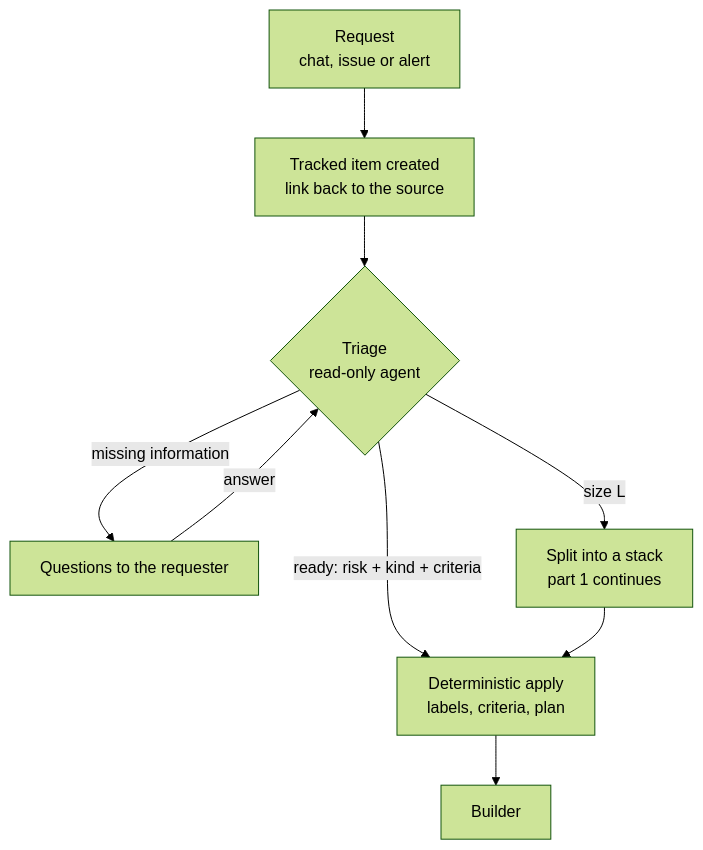
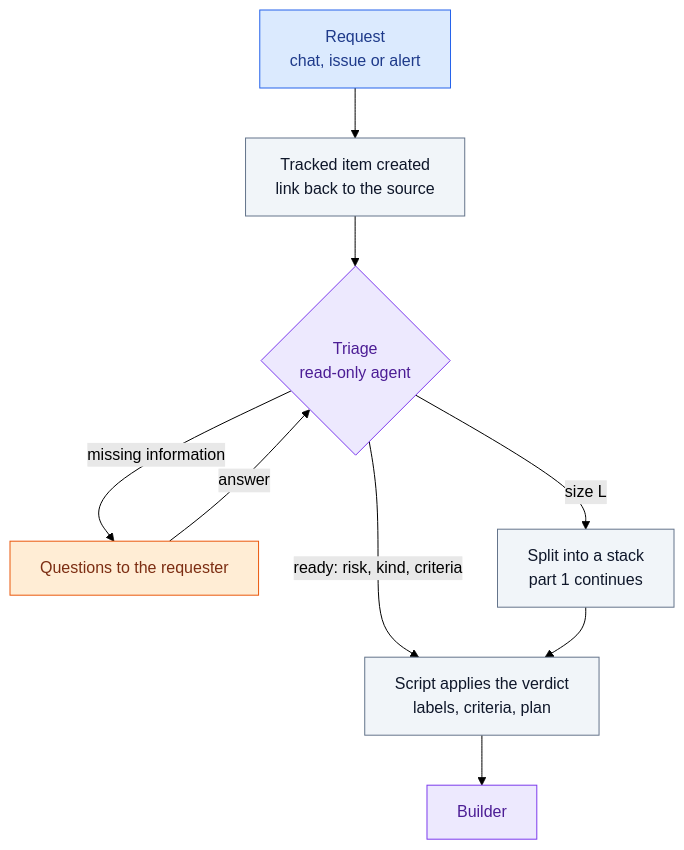
One commit to icelink-ai/software-factory-manifesto changed the diagram in docs/01-work-intake/README.md. Above: the diagram before and after it, drawn with Mermaid (forest theme). The commit also changed other lines of this file and 73 other files, not shown here.

````diff
--- a/docs/01-work-intake/README.md
+++ b/docs/01-work-intake/README.md
@@ -36,11 +47,16 @@
 ```mermaid
 flowchart TD
-    A["Request<br/>chat, issue or alert"] --> B["Tracked item created<br/>link back to the source"]
-    B --> C{"Triage<br/>read-only agent"}
-    C -->|missing information| Q["Questions to the requester"]
+    A["Request<br/>chat, issue or alert"]:::person --> B["Tracked item created<br/>link back to the source"]:::script
+    B --> C{"Triage<br/>read-only agent"}:::agent
+    C -->|missing information| Q["Questions to the requester"]:::stop
     Q -->|answer| C
-    C -->|size L| S["Split into a stack<br/>part 1 continues"]
-    C -->|"ready: risk + kind + criteria"| D["Deterministic apply<br/>labels, criteria, plan"]
+    C -->|size L| S["Split into a stack<br/>part 1 continues"]:::script
+    C -->|"ready: risk, kind, criteria"| D["Script applies the verdict<br/>labels, criteria, plan"]:::script
     S --> D
-    D --> E[Builder]
+    D --> E["Builder"]:::agent
+    classDef person fill:#dbeafe,stroke:#2563eb,color:#1e3a8a
+    classDef script fill:#f1f5f9,stroke:#64748b,color:#0f172a
+    classDef agent fill:#ede9fe,stroke:#7c3aed,color:#4c1d95
+    classDef state fill:#dcfce7,stroke:#16a34a,color:#14532d
+    classDef stop fill:#ffedd5,stroke:#ea580c,color:#7c2d12
 ```
````
